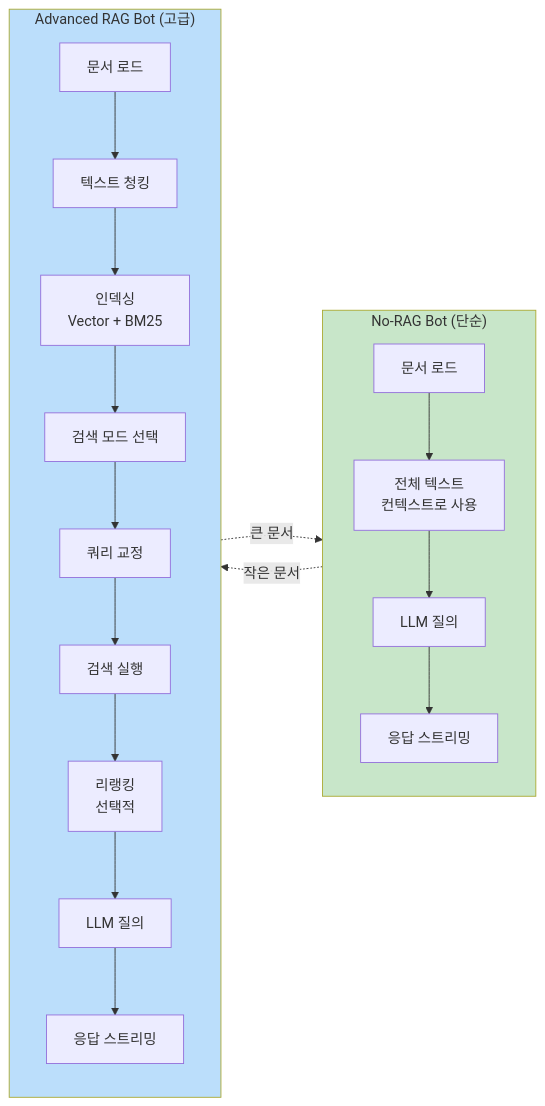
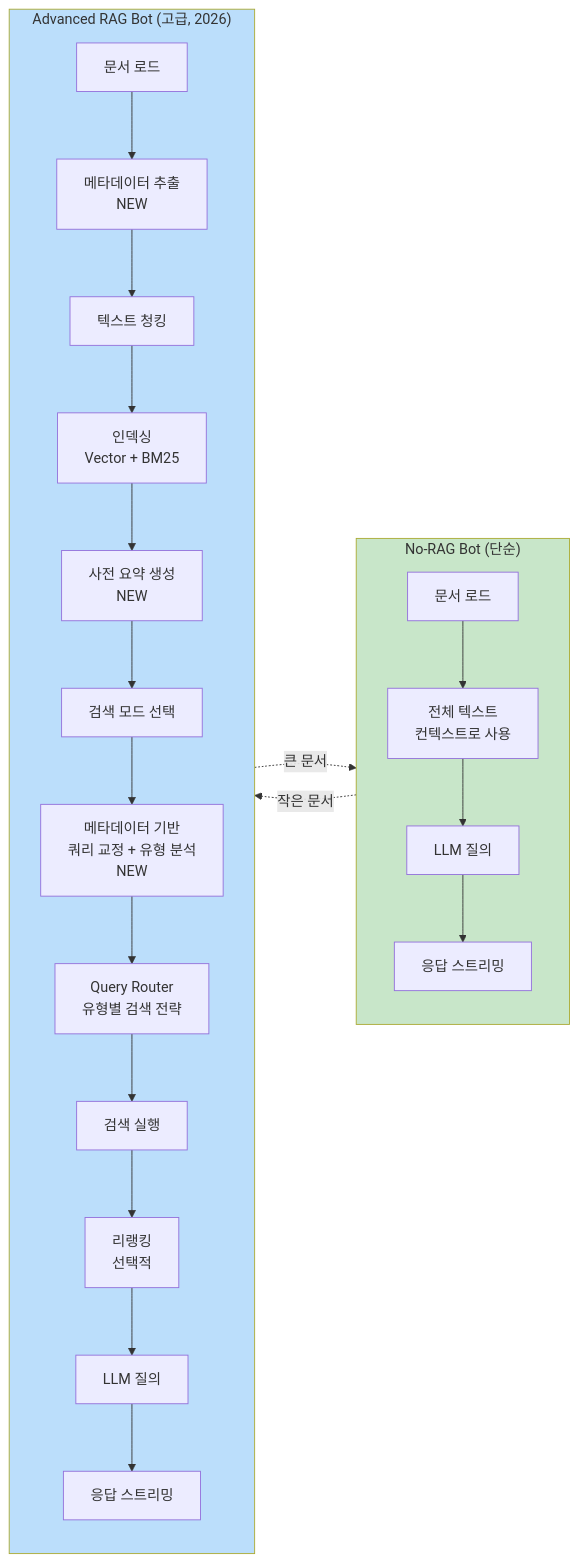
The second of 28 diagrams in ARCHITECTURE.md (laurus-kpa007/no-rag), drawn with Mermaid before and after one commit. The commit also changed other lines of this file and 3 other files, not shown here.

First line of the commit message:
Implement Metadata-Driven RAG with Query Type Detection (2026 Latest)

````diff
--- a/ARCHITECTURE.md
+++ b/ARCHITECTURE.md
@@ -106,27 +120,30 @@
 ```mermaid
 flowchart LR
     subgraph NO_RAG["No-RAG Bot (단순)"]
         direction TB
         A1[문서 로드] --> A2[전체 텍스트<br/>컨텍스트로 사용]
         A2 --> A3[LLM 질의]
         A3 --> A4[응답 스트리밍]
     end
 
-    subgraph ADV_RAG["Advanced RAG Bot (고급)"]
+    subgraph ADV_RAG["Advanced RAG Bot (고급, 2026)"]
         direction TB
-        B1[문서 로드] --> B2[텍스트 청킹]
-        B2 --> B3[인덱싱<br/>Vector + BM25]
-        B3 --> B4[검색 모드 선택]
-        B4 --> B5[쿼리 교정]
-        B5 --> B6[검색 실행]
-        B6 --> B7[리랭킹<br/>선택적]
-        B7 --> B8[LLM 질의]
-        B8 --> B9[응답 스트리밍]
+        B1[문서 로드] --> B2[메타데이터 추출<br/>NEW]
+        B2 --> B3[텍스트 청킹]
+        B3 --> B4[인덱싱<br/>Vector + BM25]
+        B4 --> B5[사전 요약 생성<br/>NEW]
+        B5 --> B6[검색 모드 선택]
+        B6 --> B7[메타데이터 기반<br/>쿼리 교정 + 유형 분석<br/>NEW]
+        B7 --> B8[Query Router<br/>유형별 검색 전략]
+        B8 --> B9[검색 실행]
+        B9 --> B10[리랭킹<br/>선택적]
+        B10 --> B11[LLM 질의]
+        B11 --> B12[응답 스트리밍]
     end
 
     NO_RAG -.->|"작은 문서"| ADV_RAG
     ADV_RAG -.->|"큰 문서"| NO_RAG
 
     style NO_RAG fill:#c8e6c9
     style ADV_RAG fill:#bbdefb
 ```
````
